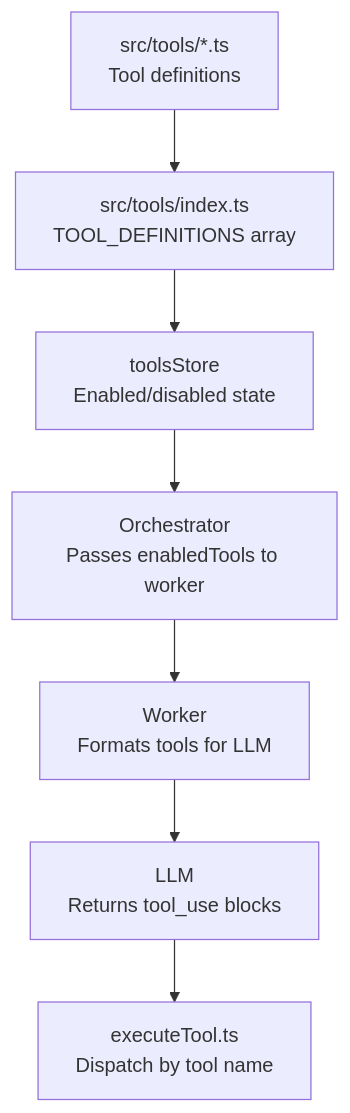
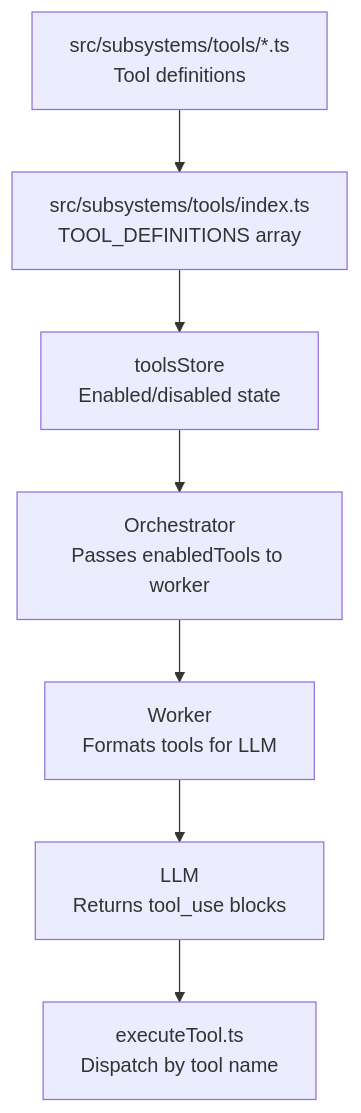
One commit to xt-ml/shadow-claw changed the diagram in docs/subsystems/tools.md. Above: the diagram before and after it, drawn with Mermaid. The commit also changed other lines of this file and 441 other files, not shown here.

````diff
--- a/docs/subsystems/tools.md
+++ b/docs/subsystems/tools.md
@@ -9,9 +9,9 @@
 ```mermaid
 graph TD
-  Defs["src/tools/*.ts<br>Tool definitions"] --> Index["src/tools/index.ts<br>TOOL_DEFINITIONS array"]
+  Defs["src/subsystems/tools/*.ts<br>Tool definitions"] --> Index["src/subsystems/tools/index.ts<br>TOOL_DEFINITIONS array"]
   Index --> Store["toolsStore<br>Enabled/disabled state"]
   Store --> Orchestrator["Orchestrator<br>Passes enabledTools to worker"]
   Orchestrator --> Worker["Worker<br>Formats tools for LLM"]
   Worker --> LLM["LLM<br>Returns tool_use blocks"]
   LLM --> Exec["executeTool.ts<br>Dispatch by tool name"]
 ```
````
